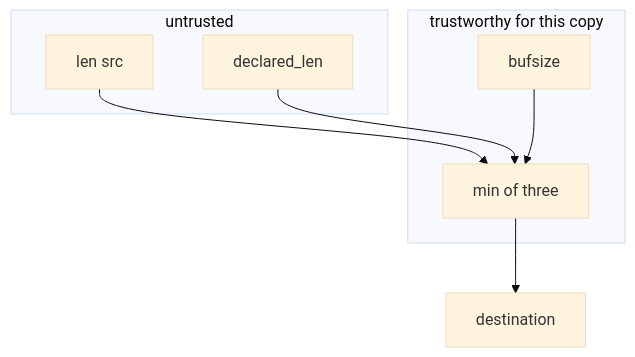
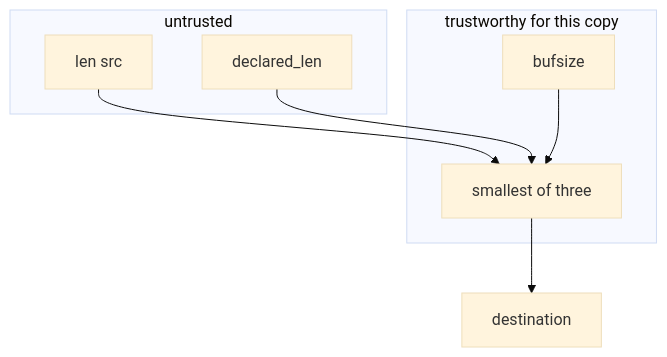
The first of 2 diagrams in content/modules/e/E4/lessons/02-model.md (ishitvagoel/LearnSecurity), drawn with Mermaid (base theme) before and after one commit. The commit also changed other lines of this file and 55 other files, not shown here.

````diff
--- a/content/modules/e/E4/lessons/02-model.md
+++ b/content/modules/e/E4/lessons/02-model.md
@@ -15,15 +14,15 @@
 ```mermaid
 flowchart TD
   subgraph Untrusted["untrusted"]
     Src["len src"]
     Decl[declared_len]
   end
   subgraph Trusted["trustworthy for this copy"]
     Buf[bufsize]
-    Min["min of three"]
+    Min["smallest of three"]
   end
   Src --> Min
   Decl --> Min
   Buf --> Min
   Min --> Dst[destination]
 ```
````
